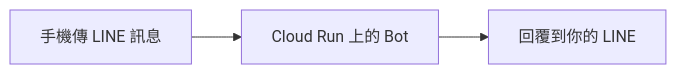
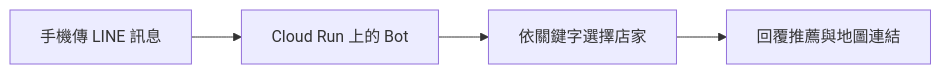
Before and after one commit to zonawang/line-bot-course: the diagram in README.md, drawn with Mermaid. The commit also changed other lines of this file and 7 other files, not shown here.

````diff
--- a/README.md
+++ b/README.md
@@ -35,5 +37,6 @@
 ```mermaid
 flowchart LR
     A[手機傳 LINE 訊息] --> B[Cloud Run 上的 Bot]
-    B --> C[回覆到你的 LINE]
+    B --> C[依關鍵字選擇店家]
+    C --> D[回覆推薦與地圖連結]
 ```
````
